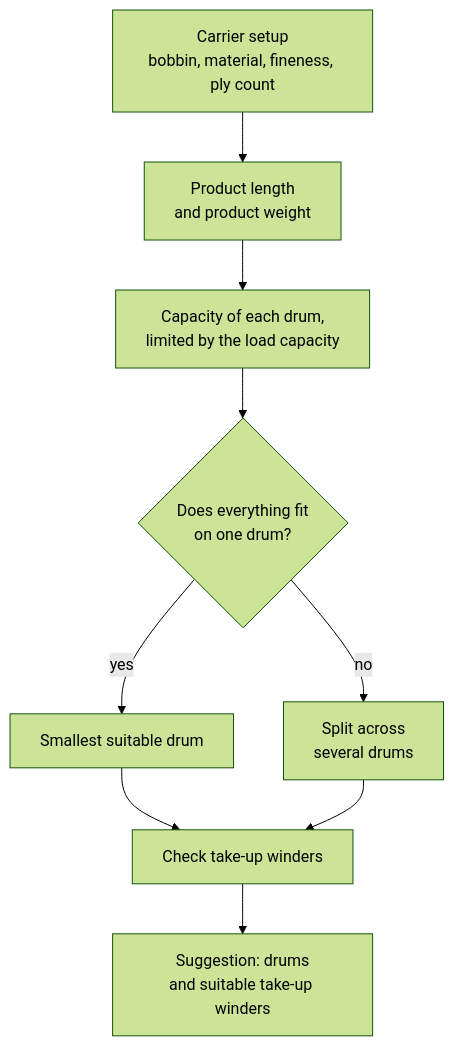
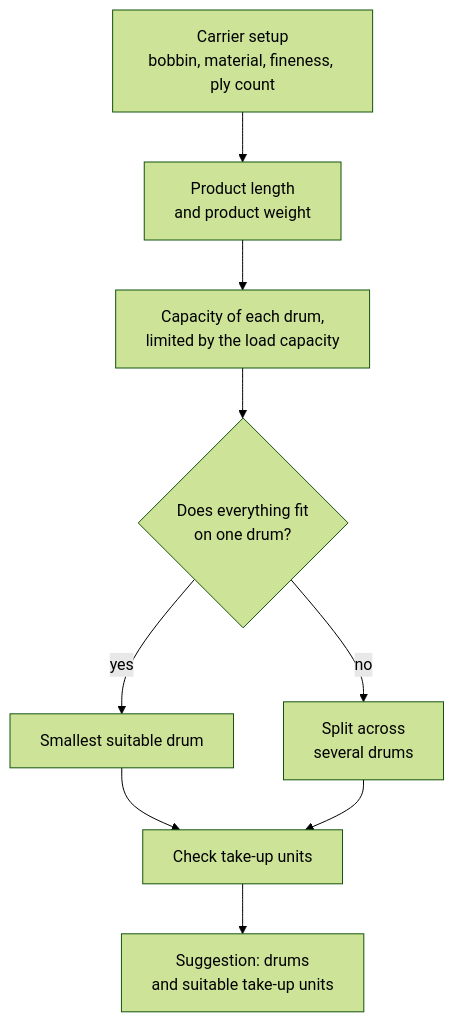
One commit to Herzog-GmbH/HerzogCAB-Docs changed the diagram in docs/calculations/product/drum-take-up-selection.en.md. Above: the diagram before and after it, drawn with Mermaid (forest theme). The commit also changed other lines of this file and 44 other files, not shown here.

````diff
--- a/docs/calculations/product/drum-take-up-selection.en.md
+++ b/docs/calculations/product/drum-take-up-selection.en.md
@@ -115,11 +115,11 @@
 ```mermaid
 flowchart TD
   B[Carrier setup<br>bobbin, material, fineness, ply count] --> P[Product length<br>and product weight]
   P --> K[Capacity of each drum,<br>limited by the load capacity]
   K --> E{Does everything fit<br>on one drum?}
   E -- yes --> S[Smallest suitable drum]
   E -- no --> A[Split across<br>several drums]
-  S --> W[Check take-up winders]
+  S --> W[Check take-up units]
   A --> W
-  W --> V[Suggestion: drums<br>and suitable take-up winders]
+  W --> V[Suggestion: drums<br>and suitable take-up units]
 ```
````
